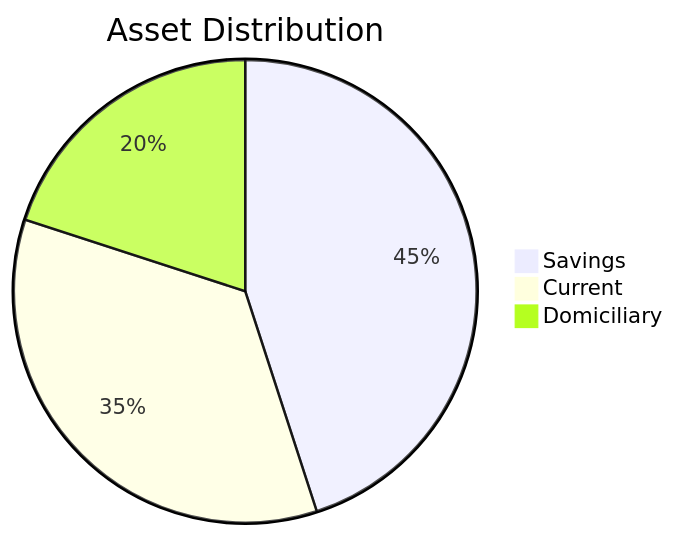
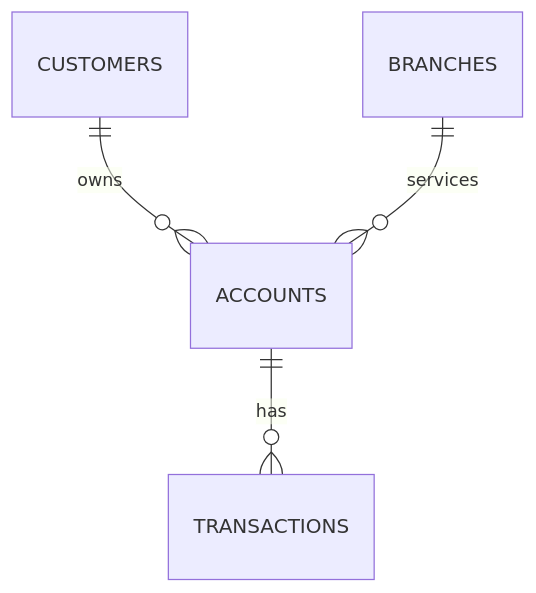
One commit to relianceinfo-de/fcmb-oracle-sql-training changed the diagram in Labs/Oracle-SQL-Basics-Training/Module 1.md. Above: the diagram before and after it, drawn with Mermaid. The commit also changed other lines of this file, not shown here.

````diff
--- a/Labs/Oracle-SQL-Basics-Training/Module 1.md
+++ b/Labs/Oracle-SQL-Basics-Training/Module 1.md
@@ -57,7 +13,6 @@
 ```mermaid
-pie
-    title Asset Distribution
-    "Savings" : 45
-    "Current" : 35
-    "Domiciliary" : 20
+erDiagram
+    CUSTOMERS ||--o{ ACCOUNTS : "owns"
+    ACCOUNTS ||--o{ TRANSACTIONS : "has"
+    BRANCHES ||--o{ ACCOUNTS : "services"
 ```
````
